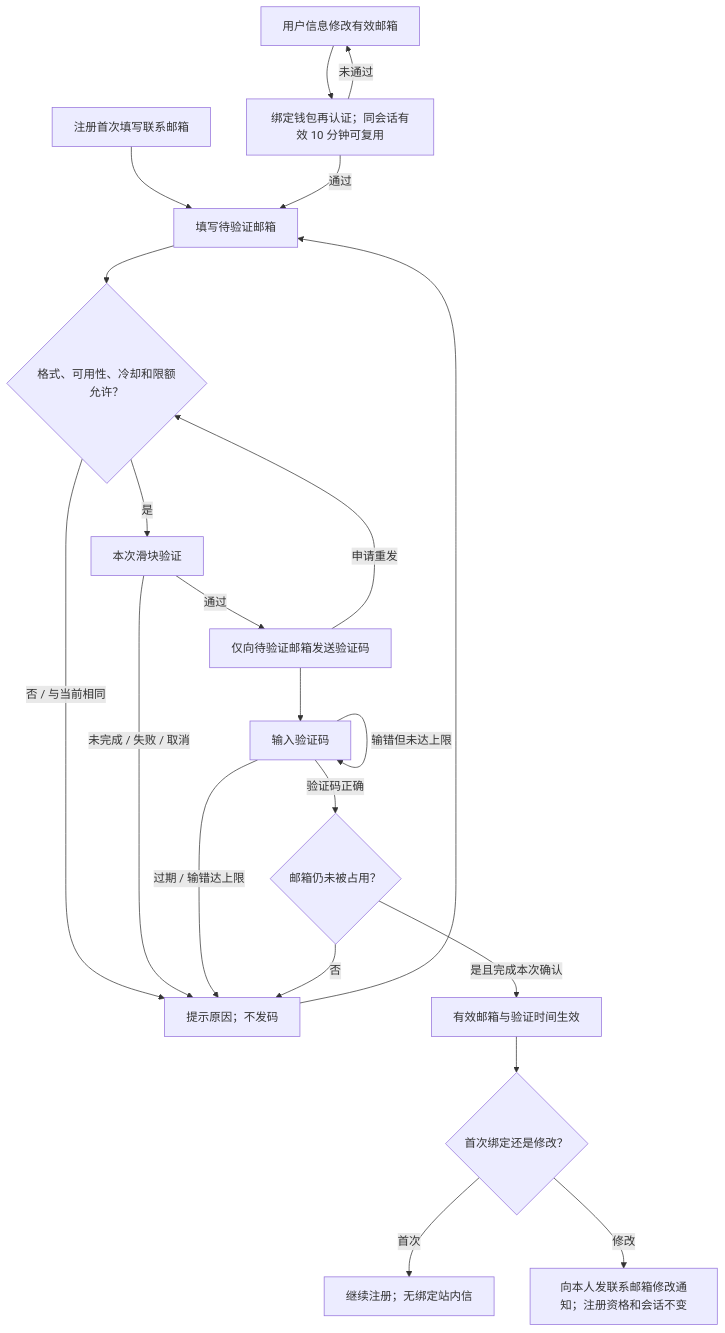
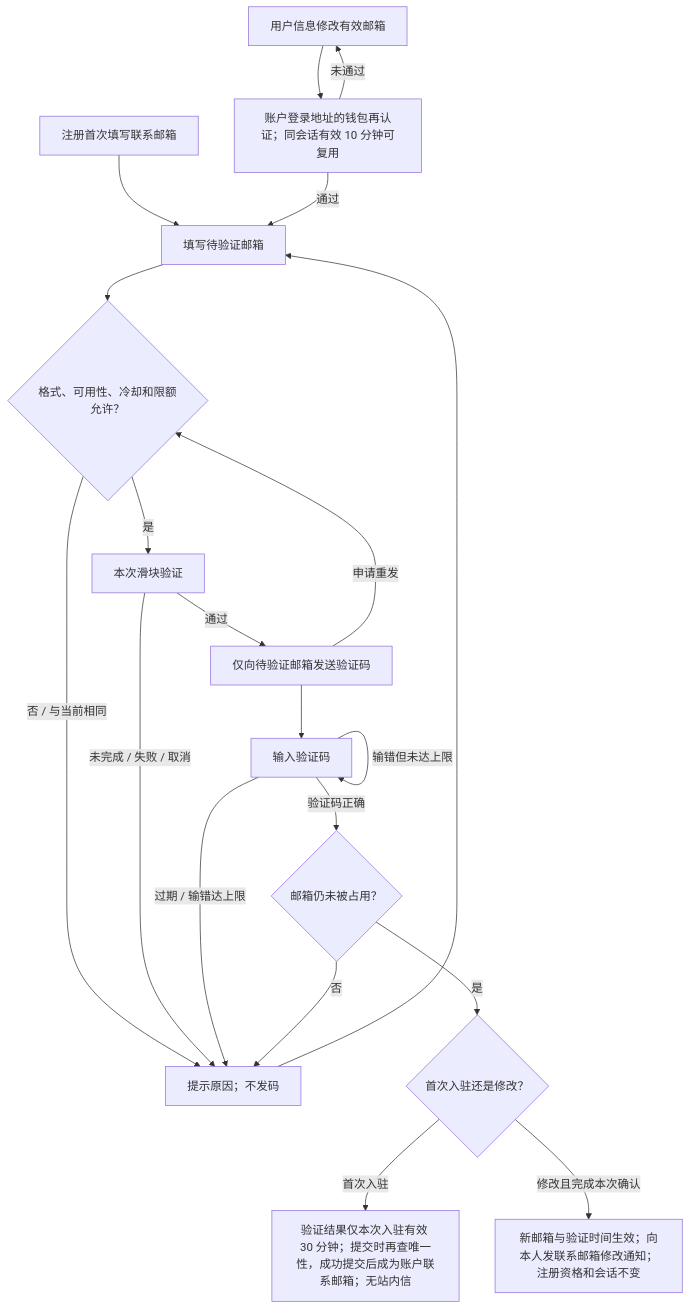
One commit to wxblockchain/Chain-Financing changed the fourth of 9 diagrams in lending-platform/PRD/面客端/02-资金方登录与账户体系/02-资金方登录与账户体系-流程图与状态机.md. Above: the diagram before and after it, drawn with Mermaid. The commit also changed other lines of this file and 11 other files, not shown here.

````diff
--- a/lending-platform/PRD/面客端/02-资金方登录与账户体系/02-资金方登录与账户体系-流程图与状态机.md
+++ b/lending-platform/PRD/面客端/02-资金方登录与账户体系/02-资金方登录与账户体系-流程图与状态机.md
@@ -102,23 +103,22 @@
 ```mermaid
 flowchart TD
     A[注册首次填写联系邮箱] --> C[填写待验证邮箱]
-    B[用户信息修改有效邮箱] --> R[绑定钱包再认证；同会话有效 10 分钟可复用]
+    B[用户信息修改有效邮箱] --> R[账户登录地址的钱包再认证；同会话有效 10 分钟可复用]
     R -->|未通过| B
     R -->|通过| C
     C --> D{格式、可用性、冷却和限额允许？}
     D -->|否 / 与当前相同| E[提示原因；不发码]
     E --> C
     D -->|是| F[本次滑块验证]
     F -->|未完成 / 失败 / 取消| E
     F -->|通过| G[仅向待验证邮箱发送验证码]
     G -->|申请重发| D
     G --> H[输入验证码]
     H -->|过期 / 输错达上限| E
     H -->|输错但未达上限| H
     H -->|验证码正确| I{邮箱仍未被占用？}
     I -->|否| E
-    I -->|是且完成本次确认| J[有效邮箱与验证时间生效]
-    J --> K{首次绑定还是修改？}
-    K -->|首次| L[继续注册；无绑定站内信]
-    K -->|修改| M[向本人发联系邮箱修改通知；注册资格和会话不变]
+    I -->|是| K{首次入驻还是修改？}
+    K -->|首次入驻| L[验证结果仅本次入驻有效 30 分钟；提交时再查唯一性，成功提交后成为账户联系邮箱；无站内信]
+    K -->|修改且完成本次确认| M[新邮箱与验证时间生效；向本人发联系邮箱修改通知；注册资格和会话不变]
 ```
````
